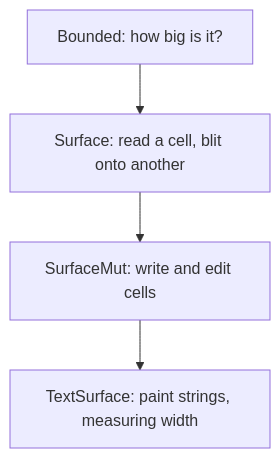
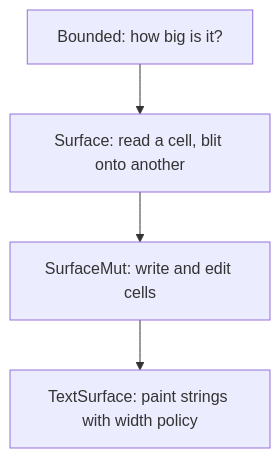
Before and after one commit to aymanbagabas/uncurses: the diagram in website/content/docs/concepts/surfaces.md, drawn with Mermaid. The commit also changed other lines of this file and 26 other files, not shown here.

````diff
--- a/website/content/docs/concepts/surfaces.md
+++ b/website/content/docs/concepts/surfaces.md
@@ -16,6 +17,6 @@
 ```mermaid
 flowchart TB
   bounded["Bounded: how big is it?"] --> surface["Surface: read a cell, blit onto another"]
   surface --> surfacemut["SurfaceMut: write and edit cells"]
-  surfacemut --> textsurface["TextSurface: paint strings, measuring width"]
+  surfacemut --> textsurface["TextSurface: paint strings with width policy"]
 ```
````
